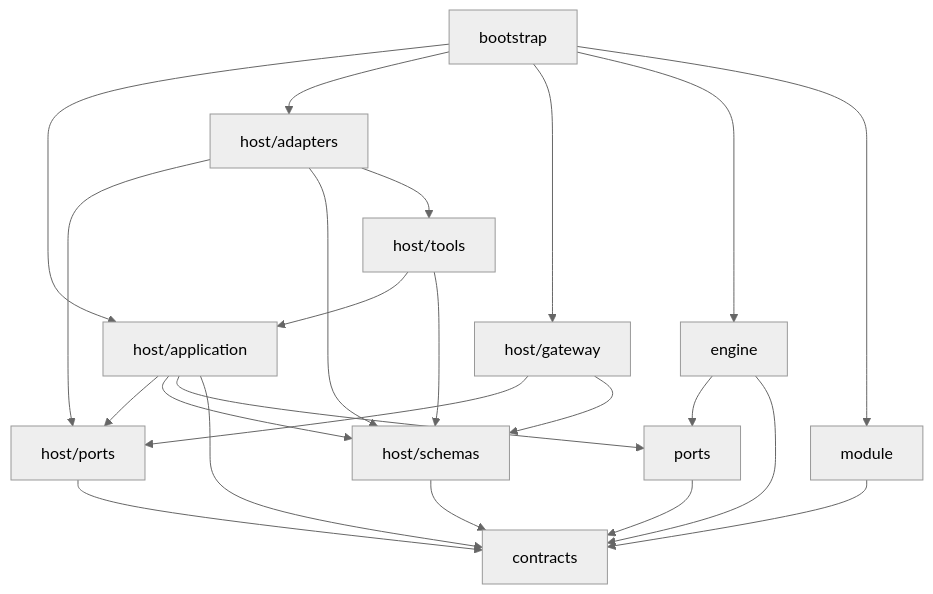
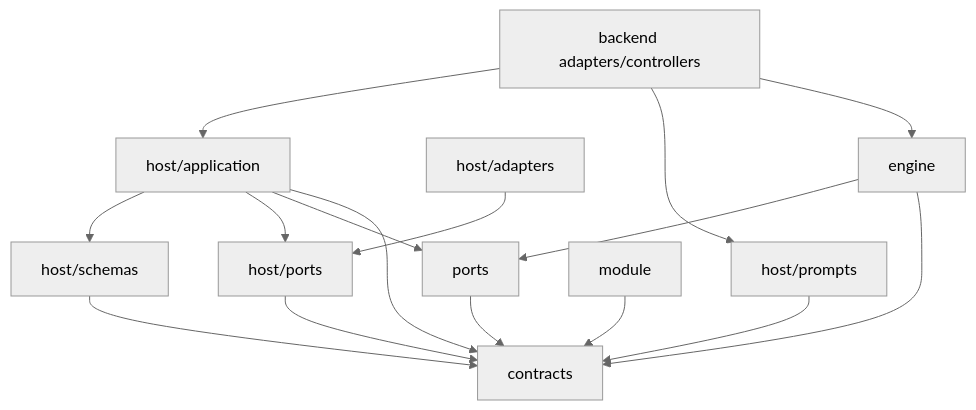
The third of 3 diagrams in agent-collaboration-framework/docs/architecture.md (1024XEngineer/TRPG-master), drawn with Mermaid (neutral theme) before and after one commit. The commit also changed other lines of this file and 81 other files, not shown here.

````diff
--- a/agent-collaboration-framework/docs/architecture.md
+++ b/agent-collaboration-framework/docs/architecture.md
@@ -312,26 +116,19 @@
 ```mermaid
 flowchart TD
     CONTRACTS["contracts"]
     XPORTS["ports"] --> CONTRACTS
+    HSCHEMA["host/schemas"] --> CONTRACTS
     HPORTS["host/ports"] --> CONTRACTS
-    HSCHEMA["host/schemas"] --> CONTRACTS
-    HAPP["host/application"] --> HPORTS
-    HAPP --> HSCHEMA
+    HAPP["host/application"] --> HSCHEMA
+    HAPP --> HPORTS
     HAPP --> XPORTS
     HAPP --> CONTRACTS
-    HTOOLS["host/tools"] --> HAPP
-    HTOOLS --> HSCHEMA
+    HPROMPT["host/prompts"] --> CONTRACTS
     HADAPTER["host/adapters"] --> HPORTS
-    HADAPTER --> HSCHEMA
-    HADAPTER --> HTOOLS
-    GATEWAY["host/gateway"] --> HPORTS
-    GATEWAY --> HSCHEMA
     ENGINE["engine"] --> XPORTS
     ENGINE --> CONTRACTS
     MODULE["module"] --> CONTRACTS
-    BOOT["bootstrap"] --> HAPP
-    BOOT --> HADAPTER
-    BOOT --> GATEWAY
-    BOOT --> ENGINE
-    BOOT --> MODULE
+    BACKEND["backend adapters/controllers"] --> HAPP
+    BACKEND --> HPROMPT
+    BACKEND --> ENGINE
 ```
````
